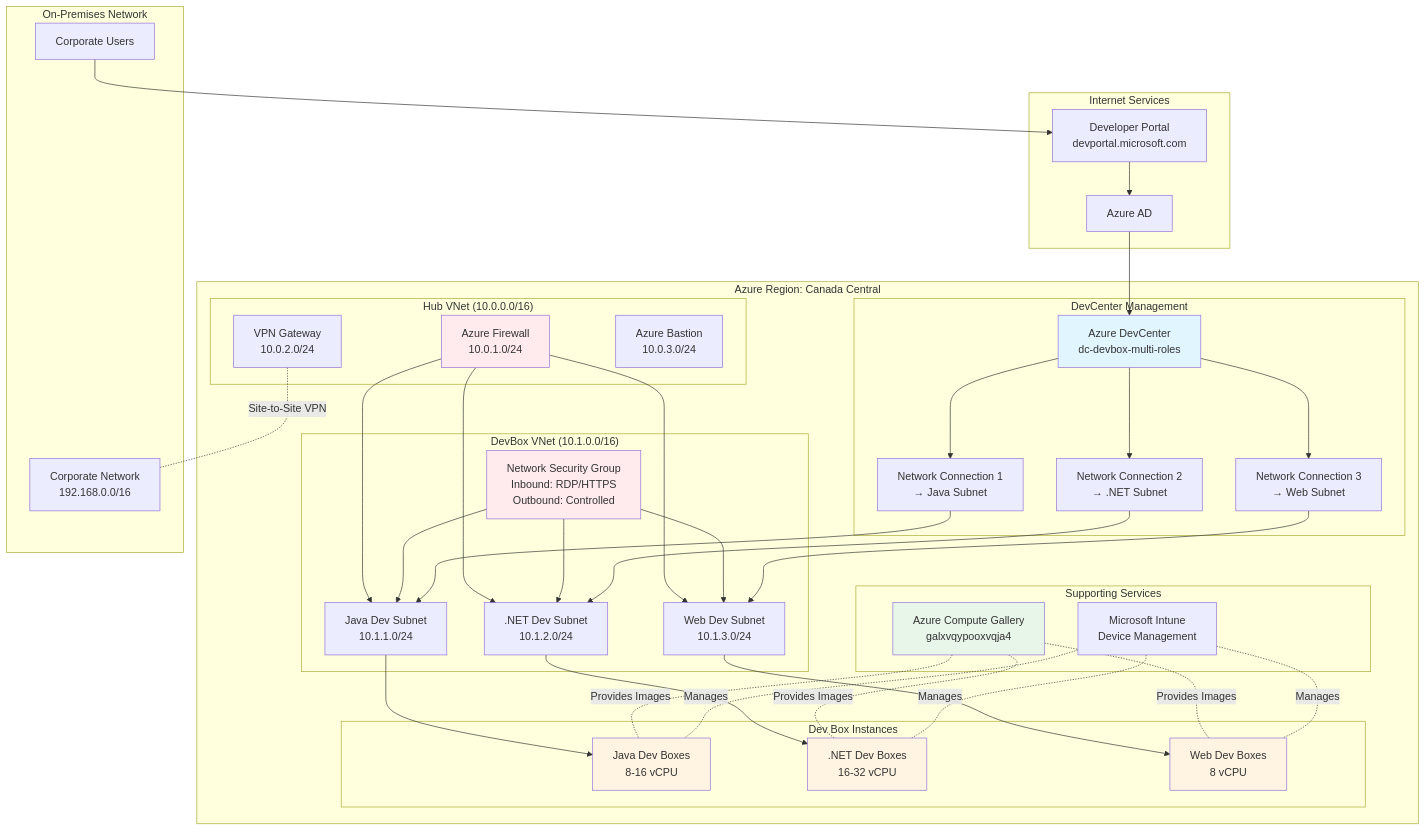
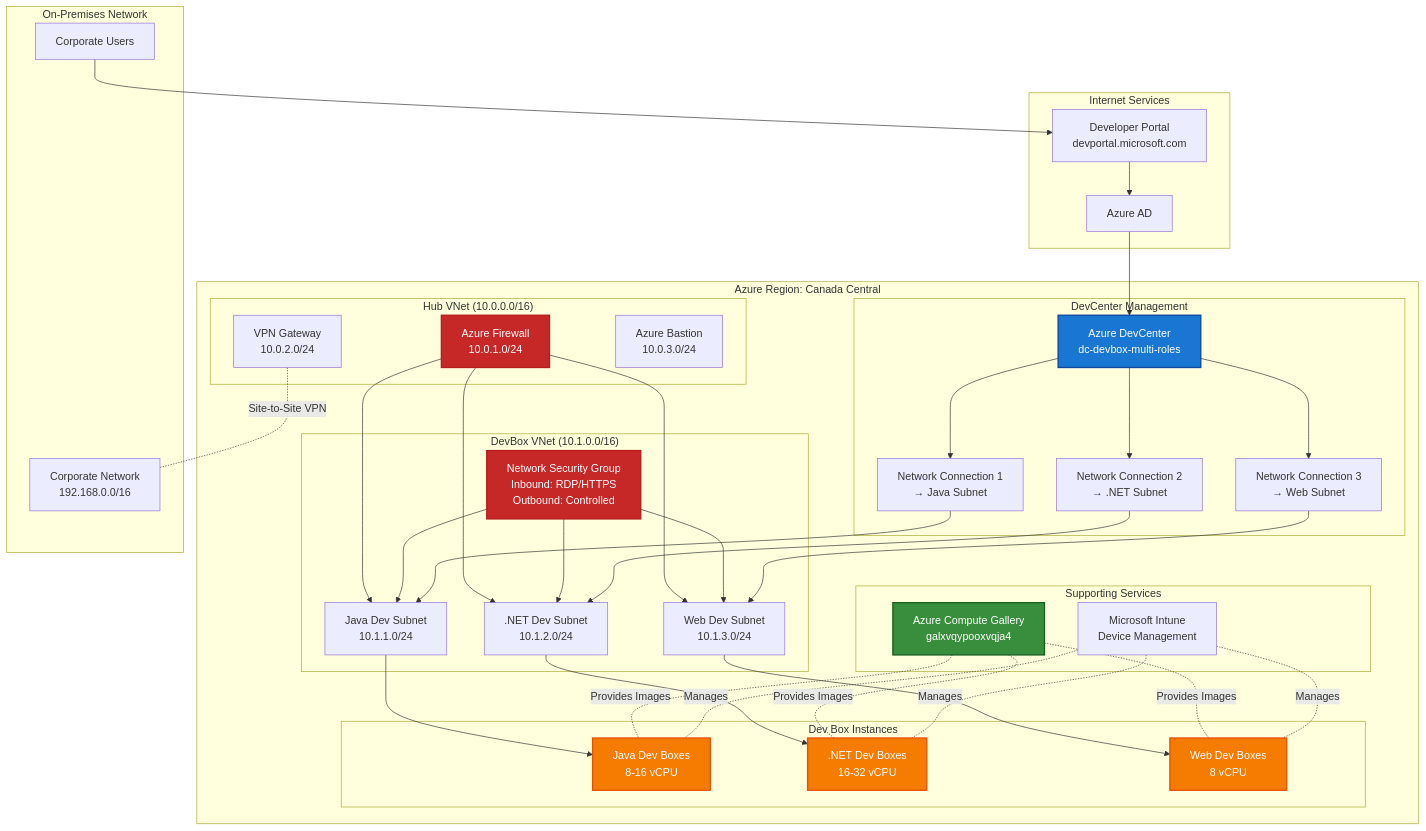
Diagram 12 of 16 in terraform/devbox-with-multi-images-and-roles/docs/ARCHITECTURE-DIAGRAMS.md (aj-enns/microsoft.devcenter), drawn with Mermaid before and after one commit. The commit also changed other lines of this file, not shown here.

Commit message:
style: Update architecture diagrams with new color scheme for improved clarity

````diff
--- a/terraform/devbox-with-multi-images-and-roles/docs/ARCHITECTURE-DIAGRAMS.md
+++ b/terraform/devbox-with-multi-images-and-roles/docs/ARCHITECTURE-DIAGRAMS.md
@@ -530,11 +530,11 @@
     INTUNE -.Manages.- DB2
     INTUNE -.Manages.- DB3
     
-    style DC fill:#e1f5ff
-    style GALLERY fill:#e8f5e9
-    style DB1 fill:#fff4e1
-    style DB2 fill:#fff4e1
-    style DB3 fill:#fff4e1
-    style FW fill:#ffebee
-    style NSG fill:#ffebee
+    style DC fill:#1976d2,stroke:#0d47a1,stroke-width:2px,color:#fff
+    style GALLERY fill:#388e3c,stroke:#1b5e20,stroke-width:2px,color:#fff
+    style DB1 fill:#f57c00,stroke:#e65100,stroke-width:2px,color:#fff
+    style DB2 fill:#f57c00,stroke:#e65100,stroke-width:2px,color:#fff
+    style DB3 fill:#f57c00,stroke:#e65100,stroke-width:2px,color:#fff
+    style FW fill:#c62828,stroke:#b71c1c,stroke-width:2px,color:#fff
+    style NSG fill:#c62828,stroke:#b71c1c,stroke-width:2px,color:#fff
 ```
````
